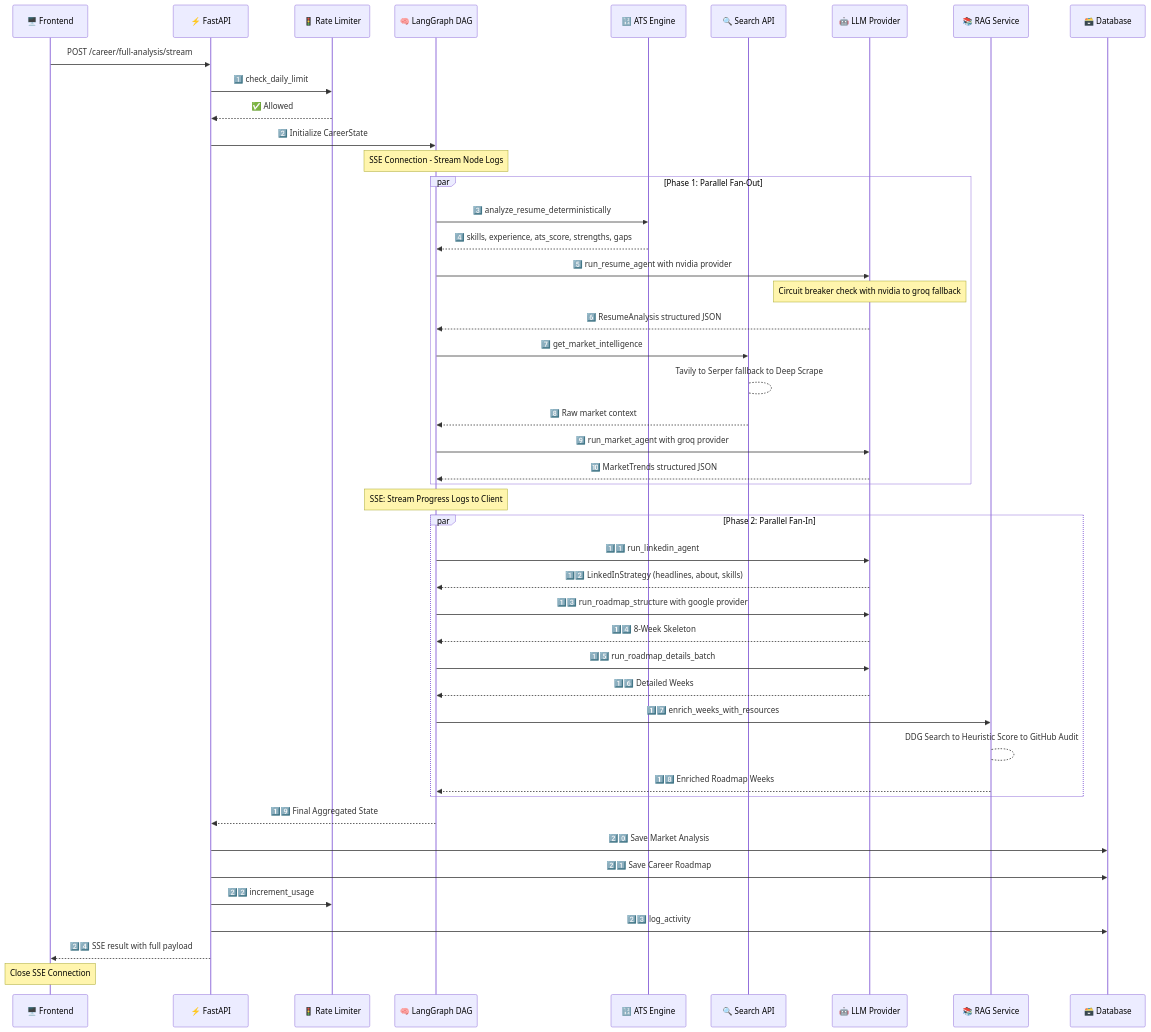
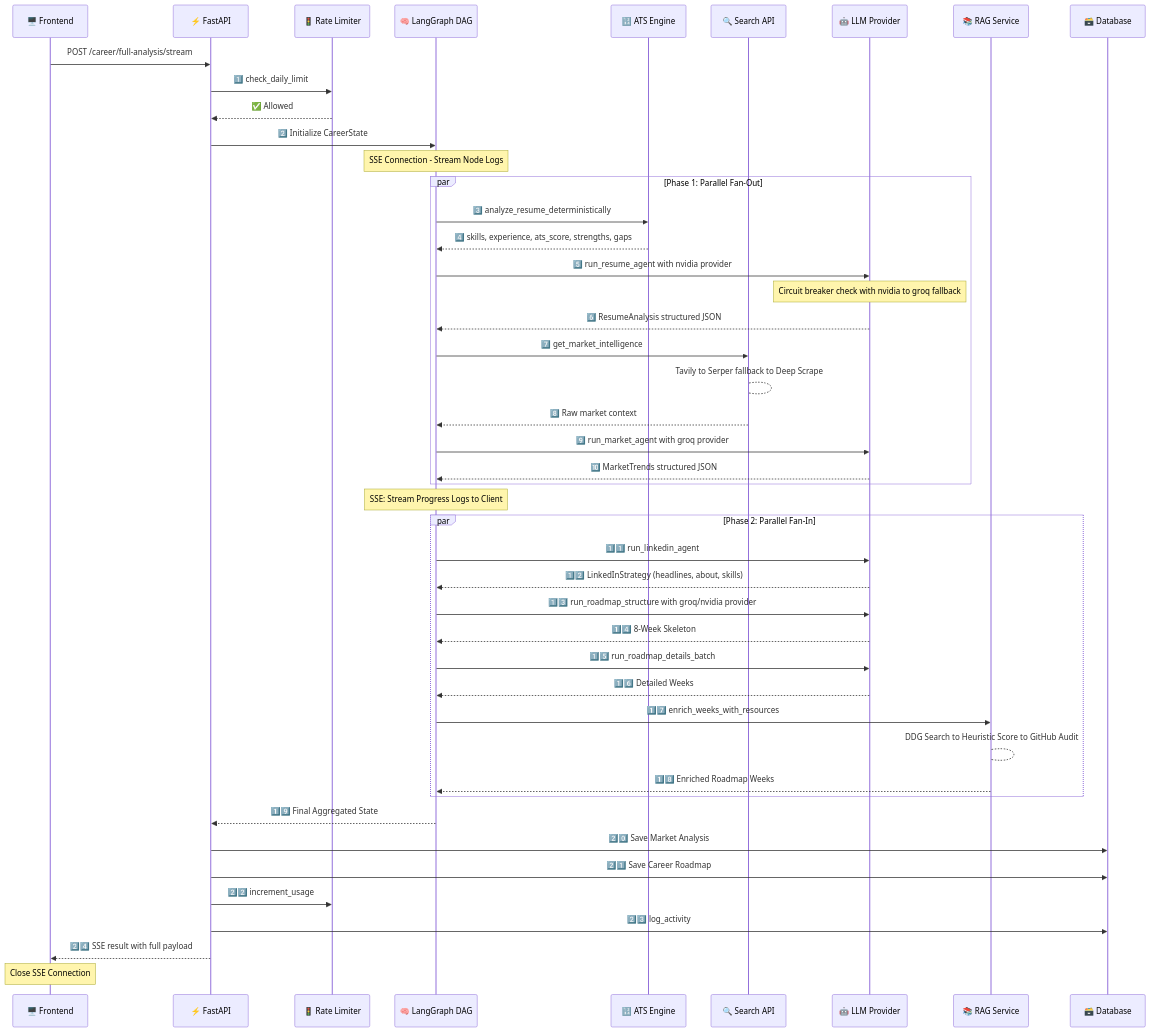
Before and after one commit to Anil-Pradhan-web/ai-career-mentor: diagram 21 of 34 in documentation/ARCHITECTURE.md, drawn with Mermaid. The commit also changed other lines of this file, not shown here.

Commit message:
docs: sync architecture guide database schema and fallback chains for career analysis

````diff
--- a/documentation/ARCHITECTURE.md
+++ b/documentation/ARCHITECTURE.md
@@ -1251,61 +1275,61 @@
 ```mermaid
 sequenceDiagram
     participant Client as 🖥️ Frontend
     participant API as ⚡ FastAPI
     participant RL as 🚦 Rate Limiter
     participant Graph as 🧠 LangGraph DAG
     participant ATS as 🔢 ATS Engine
     participant Search as 🔍 Search API
     participant LLM as 🤖 LLM Provider
     participant RAG as 📚 RAG Service
     participant DB as 🗃️ Database
 
     Client->>API: POST /career/full-analysis/stream
     
     API->>RL: 1️⃣ check_daily_limit
     RL-->>API: ✅ Allowed
     
     API->>Graph: 2️⃣ Initialize CareerState
     Note over Graph: SSE Connection - Stream Node Logs
     
     par Phase 1: Parallel Fan-Out
         Graph->>ATS: 3️⃣ analyze_resume_deterministically
         ATS-->>Graph: 4️⃣ skills, experience, ats_score, strengths, gaps
         
         Graph->>LLM: 5️⃣ run_resume_agent with nvidia provider
         Note over LLM: Circuit breaker check with nvidia to groq fallback
         LLM-->>Graph: 6️⃣ ResumeAnalysis structured JSON
         
         Graph->>Search: 7️⃣ get_market_intelligence
         Search-->Search: Tavily to Serper fallback to Deep Scrape
         Search-->>Graph: 8️⃣ Raw market context
         
         Graph->>LLM: 9️⃣ run_market_agent with groq provider
         LLM-->>Graph: 🔟 MarketTrends structured JSON
     end
     
     Note over Graph: SSE: Stream Progress Logs to Client
     
     par Phase 2: Parallel Fan-In
         Graph->>LLM: 1️⃣1️⃣ run_linkedin_agent
         LLM-->>Graph: 1️⃣2️⃣ LinkedInStrategy (headlines, about, skills)
         
-        Graph->>LLM: 1️⃣3️⃣ run_roadmap_structure with google provider
+        Graph->>LLM: 1️⃣3️⃣ run_roadmap_structure with groq/nvidia provider
         LLM-->>Graph: 1️⃣4️⃣ 8-Week Skeleton
         Graph->>LLM: 1️⃣5️⃣ run_roadmap_details_batch
         LLM-->>Graph: 1️⃣6️⃣ Detailed Weeks
         Graph->>RAG: 1️⃣7️⃣ enrich_weeks_with_resources
         RAG-->RAG: DDG Search to Heuristic Score to GitHub Audit
         RAG-->>Graph: 1️⃣8️⃣ Enriched Roadmap Weeks
     end
     
     Graph-->>API: 1️⃣9️⃣ Final Aggregated State
     
     API->>DB: 2️⃣0️⃣ Save Market Analysis
     API->>DB: 2️⃣1️⃣ Save Career Roadmap
     API->>RL: 2️⃣2️⃣ increment_usage
     API->>DB: 2️⃣3️⃣ log_activity
     
     API-->>Client: 2️⃣4️⃣ SSE result with full payload
     Note over Client: Close SSE Connection
 ```
````
